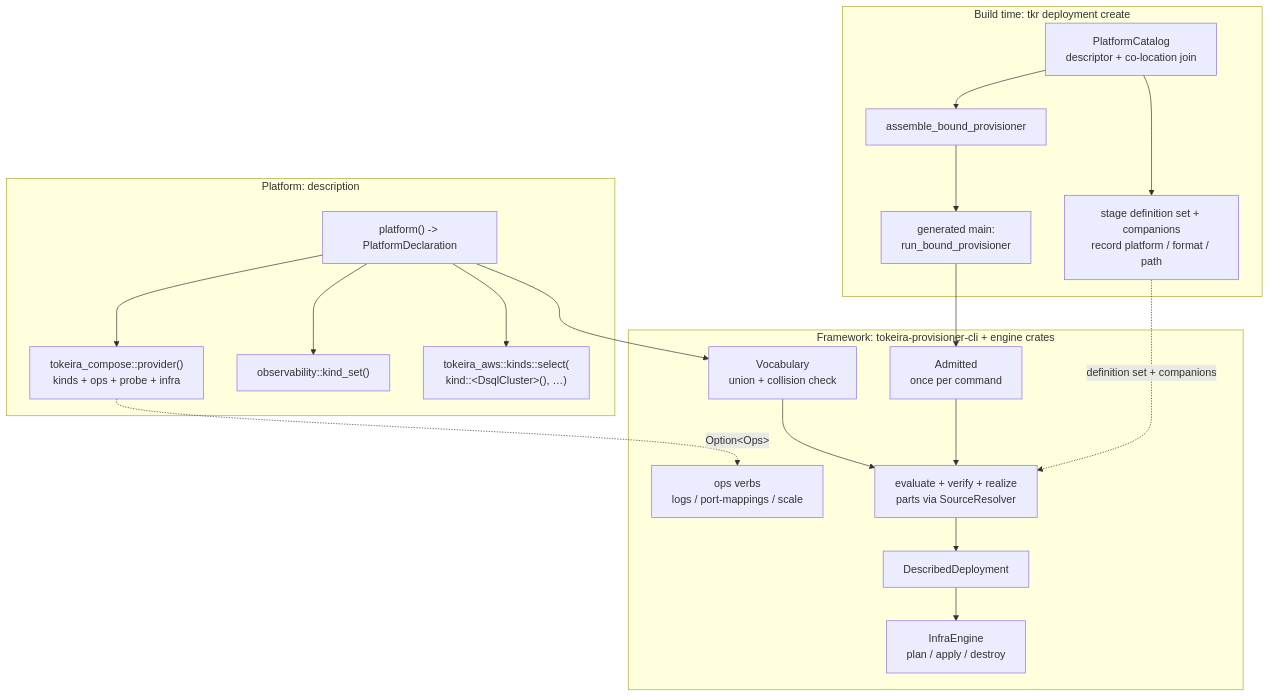
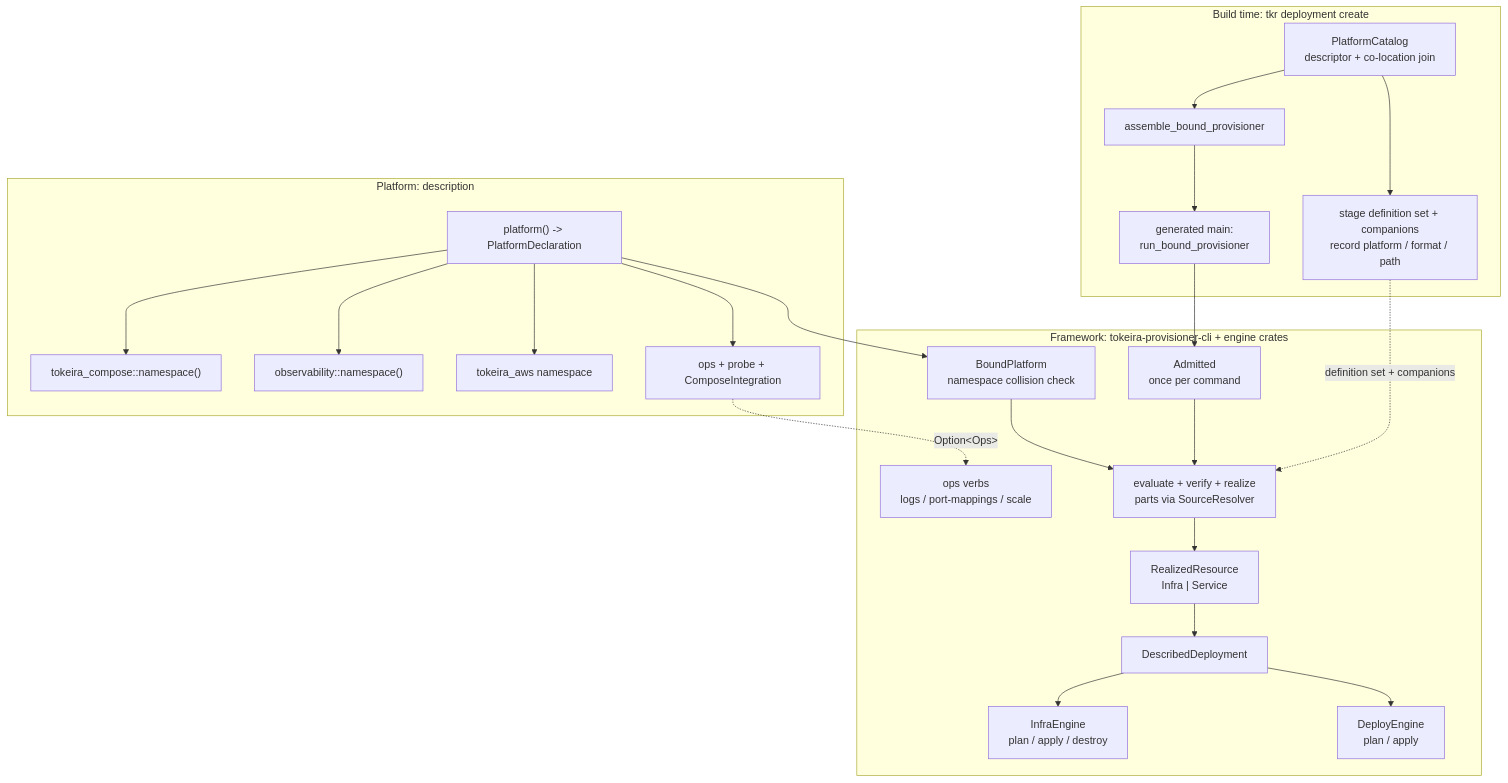
The diagram in .kiro/specs/compose-platform-refinement/design.md (tokeira/tokeira), drawn with Mermaid before and after one commit. The commit also changed other lines of this file and 44 other files, not shown here.

````diff
--- a/.kiro/specs/compose-platform-refinement/design.md
+++ b/.kiro/specs/compose-platform-refinement/design.md
@@ -58,33 +61,39 @@
 ```mermaid
 flowchart TD
     subgraph build["Build time: tkr deployment create"]
         CAT["PlatformCatalog<br/>descriptor + co-location join"] --> ASM["assemble_bound_provisioner"]
         ASM --> MAIN["generated main:<br/>run_bound_provisioner"]
         CAT --> STAGE["stage definition set + companions<br/>record platform / format / path"]
     end
     subgraph decl["Platform: description"]
         ENTRY["platform() -> PlatformDeclaration"]
-        PROV["tokeira_compose::provider()<br/>kinds + ops + probe + infra"]
-        OWN["observability::kind_set()"]
-        AWS["tokeira_aws::kinds::select(<br/>kind::&lt;DsqlCluster&gt;(), …)"]
-        ENTRY --> PROV
+        COMPOSE["tokeira_compose::namespace()"]
+        OWN["observability::namespace()"]
+        AWS["tokeira_aws namespace"]
+        CAP["ops + probe + ComposeIntegration"]
+        ENTRY --> COMPOSE
         ENTRY --> OWN
         ENTRY --> AWS
+        ENTRY --> CAP
     end
     subgraph fw["Framework: tokeira-provisioner-cli + engine crates"]
         ADMIT["Admitted<br/>once per command"]
-        VOC["Vocabulary<br/>union + collision check"]
+        BIND["BoundPlatform<br/>namespace collision check"]
         EVAL["evaluate + verify + realize<br/>parts via SourceResolver"]
+        SPLIT["RealizedResource<br/>Infra | Service"]
         DEP["DescribedDeployment"]
-        ENG["InfraEngine<br/>plan / apply / destroy"]
+        INFRA["InfraEngine<br/>plan / apply / destroy"]
+        DEPLOY["DeployEngine<br/>plan / apply"]
         OPS["ops verbs<br/>logs / port-mappings / scale"]
     end
     MAIN --> ADMIT
-    ENTRY --> VOC
+    ENTRY --> BIND
     ADMIT --> EVAL
-    VOC --> EVAL
-    EVAL --> DEP
-    DEP --> ENG
-    PROV -.->|Option&lt;Ops&gt;| OPS
+    BIND --> EVAL
+    EVAL --> SPLIT
+    SPLIT --> DEP
+    DEP --> INFRA
+    DEP --> DEPLOY
+    CAP -.->|Option&lt;Ops&gt;| OPS
     STAGE -.->|definition set + companions| EVAL
 ```
````
